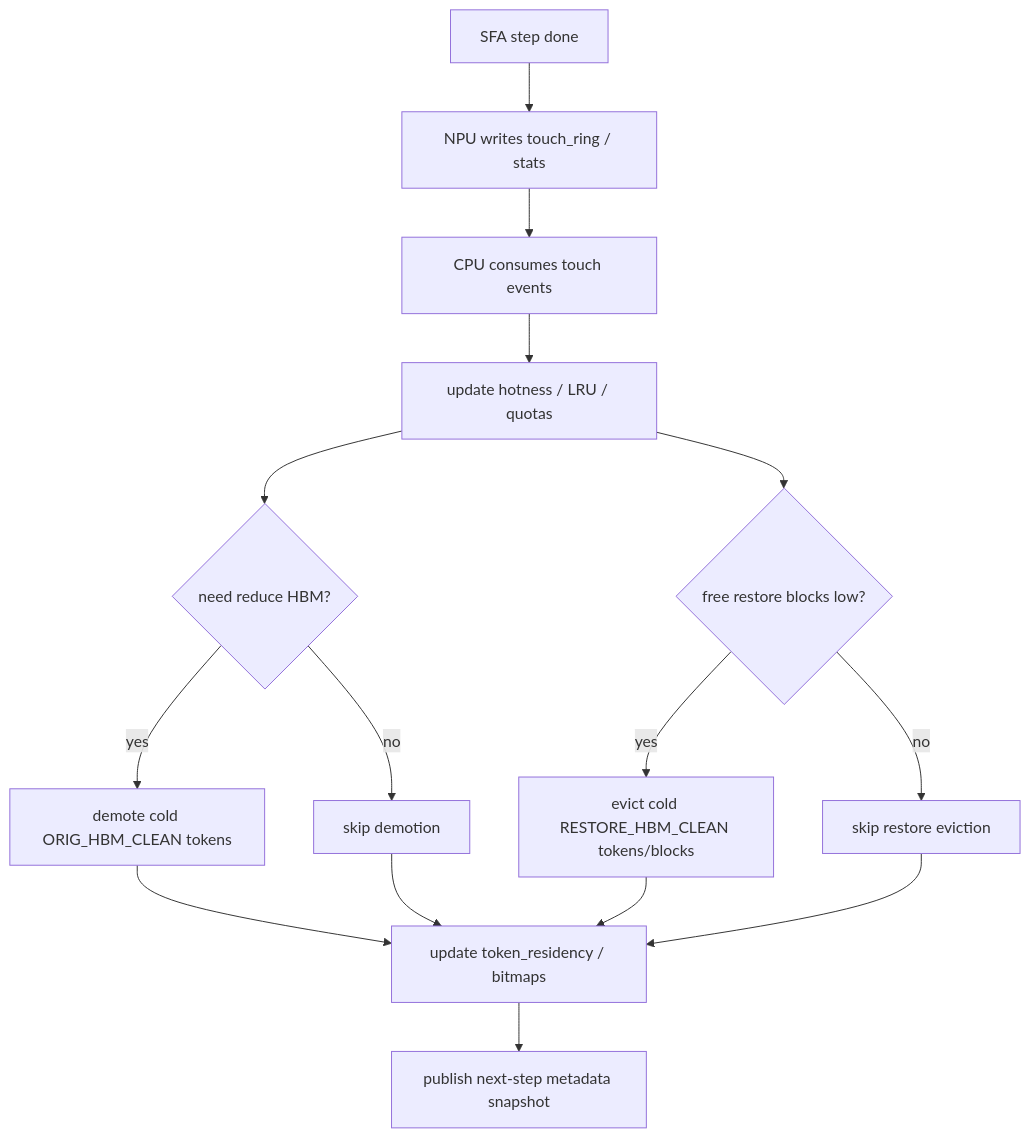
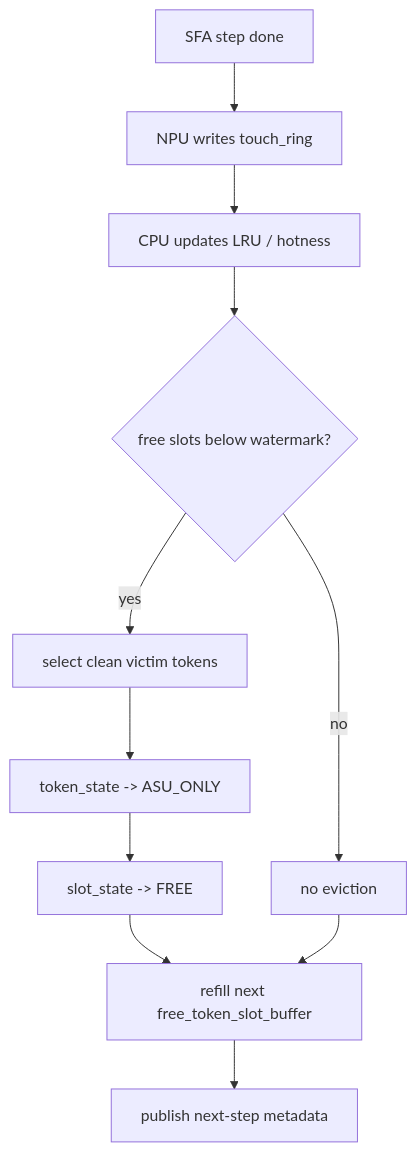
Before and after one commit to ykfnxx/ASU-Ascend: the fifth of 6 diagrams in docs/draft/2026-06-02-npu-hbm-kvcache-management-draft.md, drawn with Mermaid. The commit also changed other lines of this file, not shown here.

Commit message:
Refine KVCache token-state SFA remap design

````diff
--- a/docs/draft/2026-06-02-npu-hbm-kvcache-management-draft.md
+++ b/docs/draft/2026-06-02-npu-hbm-kvcache-management-draft.md
@@ -896,17 +895,13 @@
 ```mermaid
 flowchart TB
-    A["SFA step done"] --> B["NPU writes touch_ring / stats"]
-    B --> C["CPU consumes touch events"]
-    C --> D["update hotness / LRU / quotas"]
-    D --> E{"need reduce HBM?"}
-    E -- "yes" --> F["demote cold ORIG_HBM_CLEAN tokens"]
-    E -- "no" --> G["skip demotion"]
-    D --> H{"free restore blocks low?"}
-    H -- "yes" --> I["evict cold RESTORE_HBM_CLEAN tokens/blocks"]
-    H -- "no" --> J["skip restore eviction"]
-    F --> K["update token_residency / bitmaps"]
-    I --> K
-    G --> K
-    J --> K
-    K --> L["publish next-step metadata snapshot"]
+    A["SFA step done"] --> B["NPU writes touch_ring"]
+    B --> C["CPU updates LRU / hotness"]
+    C --> D{"free slots below watermark?"}
+    D -- "yes" --> E["select clean victim tokens"]
+    D -- "no" --> F["no eviction"]
+    E --> G["token_state -> ASU_ONLY"]
+    G --> H["slot_state -> FREE"]
+    H --> I["refill next free_token_slot_buffer"]
+    F --> I
+    I --> J["publish next-step metadata"]
 ```
````
